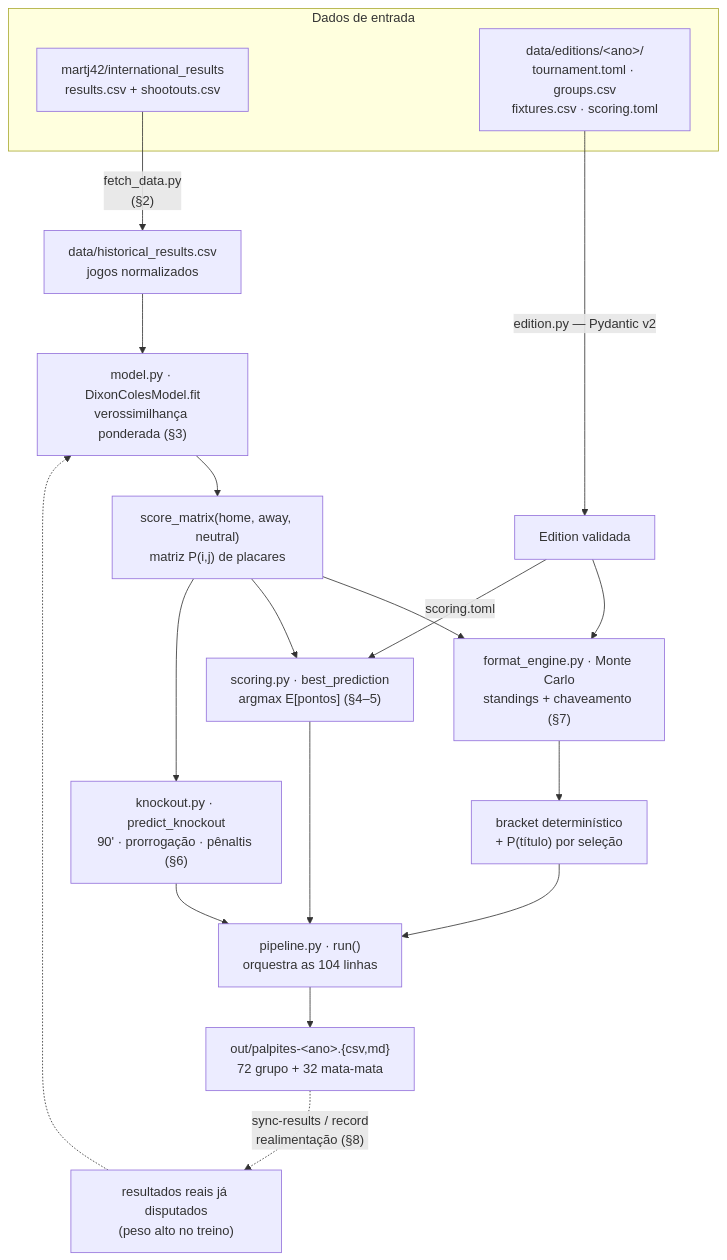
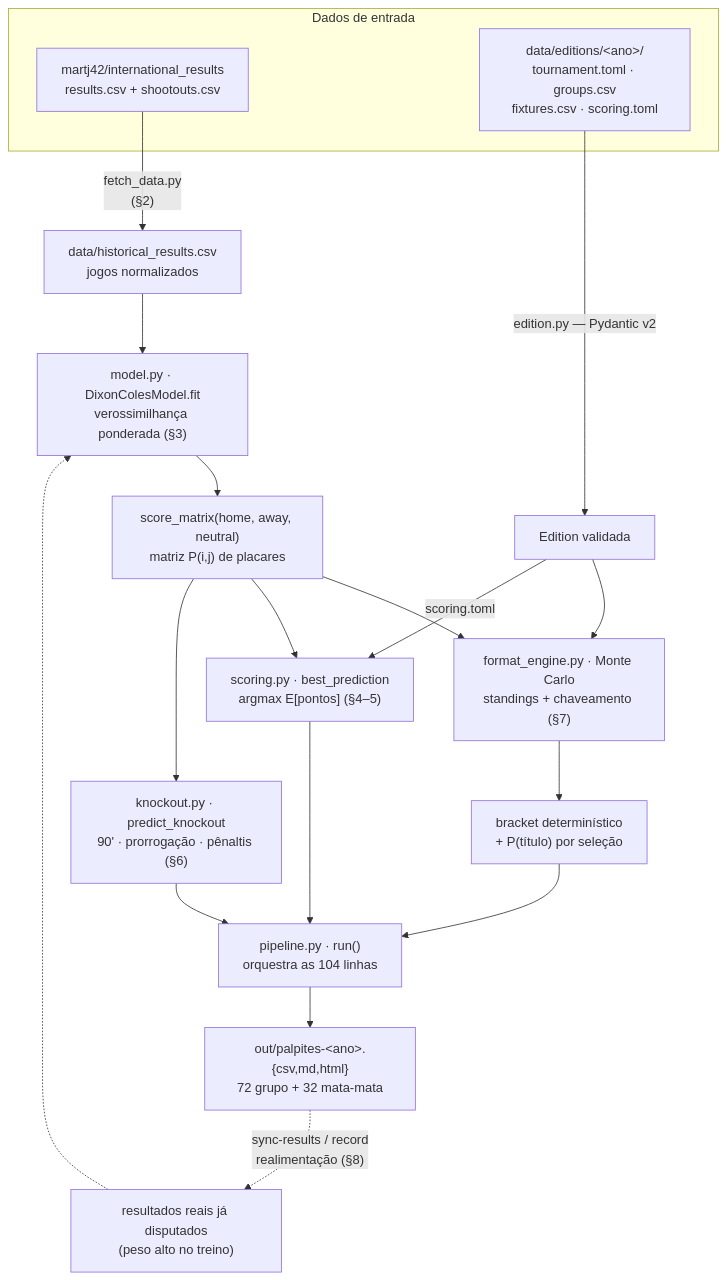
The diagram in docs/SPEC.md (marcovillar-br/worldcup), drawn with Mermaid before and after one commit. The commit also changed 4 other files, not shown here.

First line of the commit message:
feat(cli): saída HTML autocontida e print-friendly nos palpites

````diff
--- a/docs/SPEC.md
+++ b/docs/SPEC.md
@@ -18,29 +18,29 @@
 ```mermaid
 flowchart TD
     subgraph entrada["Dados de entrada"]
         H["martj42/international_results<br/>results.csv + shootouts.csv"]
         E["data/editions/&lt;ano&gt;/<br/>tournament.toml · groups.csv<br/>fixtures.csv · scoring.toml"]
     end
 
     H -->|"fetch_data.py<br/>(§2)"| HIST["data/historical_results.csv<br/>jogos normalizados"]
     E -->|"edition.py — Pydantic v2"| ED["Edition validada"]
 
     HIST --> FIT["model.py · DixonColesModel.fit<br/>verossimilhança ponderada (§3)"]
     REAL["resultados reais já disputados<br/>(peso alto no treino)"] -.-> FIT
     FIT --> MAT["score_matrix(home, away, neutral)<br/>matriz P(i,j) de placares"]
 
     MAT --> SIM["format_engine.py · Monte Carlo<br/>standings + chaveamento (§7)"]
     ED --> SIM
     SIM --> BR["bracket determinístico<br/>+ P(título) por seleção"]
 
     MAT --> SC["scoring.py · best_prediction<br/>argmax E[pontos] (§4–5)"]
     MAT --> KO["knockout.py · predict_knockout<br/>90' · prorrogação · pênaltis (§6)"]
     ED -->|"scoring.toml"| SC
 
     SC --> PIPE["pipeline.py · run()<br/>orquestra as 104 linhas"]
     KO --> PIPE
     BR --> PIPE
-    PIPE --> OUT["out/palpites-&lt;ano&gt;.{csv,md}<br/>72 grupo + 32 mata-mata"]
+    PIPE --> OUT["out/palpites-&lt;ano&gt;.{csv,md,html}<br/>72 grupo + 32 mata-mata"]
 
     OUT -.->|"sync-results / record<br/>realimentação (§8)"| REAL
 ```
````
